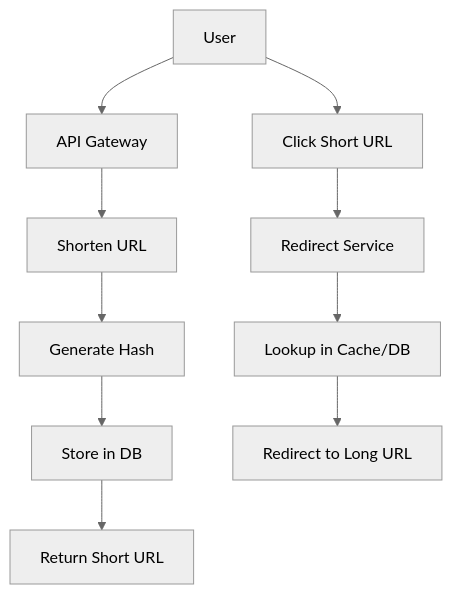
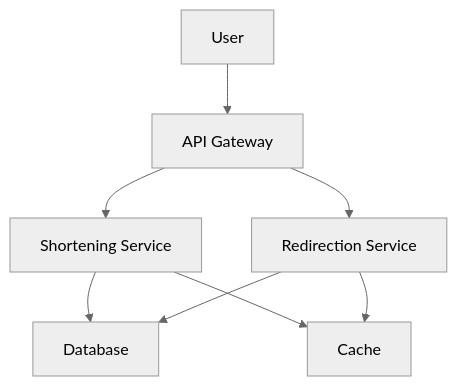
One commit to VrushankPatel/interview-matters changed the diagram in url-shortener-system-design/README.md. Above: the diagram before and after it, drawn with Mermaid (neutral theme). The commit also changed other lines of this file and 1 other file, not shown here.

Commit message:
kb: add/update topics java-stream-api-and-functional-programming, url-shortener-system-design, netflix-system-design, proxy-forward-and-reverse, rate-limiting

````diff
--- a/url-shortener-system-design/README.md
+++ b/url-shortener-system-design/README.md
@@ -29,12 +30,10 @@
 ```mermaid
 graph TD
     A[User] --> B[API Gateway]
-    B --> C[Shorten URL]
-    C --> D[Generate Hash]
-    D --> E[Store in DB]
-    E --> F[Return Short URL]
-    A --> G[Click Short URL]
-    G --> H[Redirect Service]
-    H --> I[Lookup in Cache/DB]
-    I --> J[Redirect to Long URL]
+    B --> C[Shortening Service]
+    C --> D[Database]
+    C --> E[Cache]
+    B --> F[Redirection Service]
+    F --> E
+    F --> D
 ```
````
